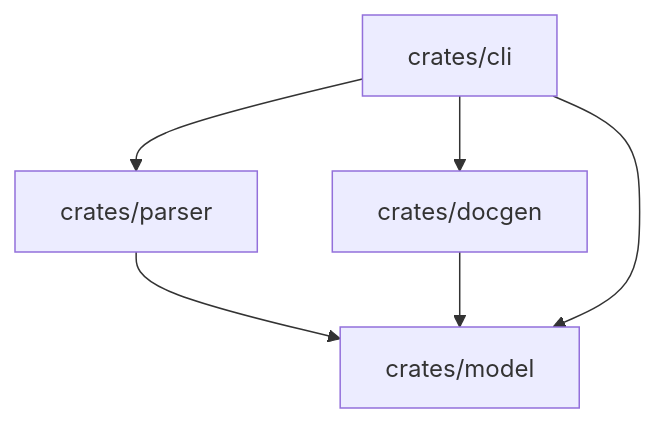
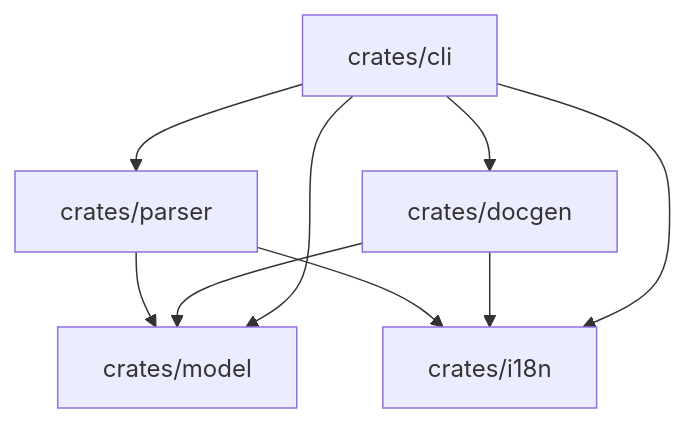
One commit to josecleiton/crux_analyzer changed the third of 3 diagrams in docs/architecture.md. Above: the diagram before and after it, drawn with Mermaid. The commit also changed other lines of this file and 19 other files, not shown here.

````diff
--- a/docs/architecture.md
+++ b/docs/architecture.md
@@ -91,8 +101,11 @@
 ```mermaid
 flowchart TD
     cli[crates/cli] --> parser[crates/parser]
     cli --> docgen[crates/docgen]
     parser --> model[crates/model]
     docgen --> model
     cli --> model
+    parser --> i18n[crates/i18n]
+    docgen --> i18n
+    cli --> i18n
 ```
````
